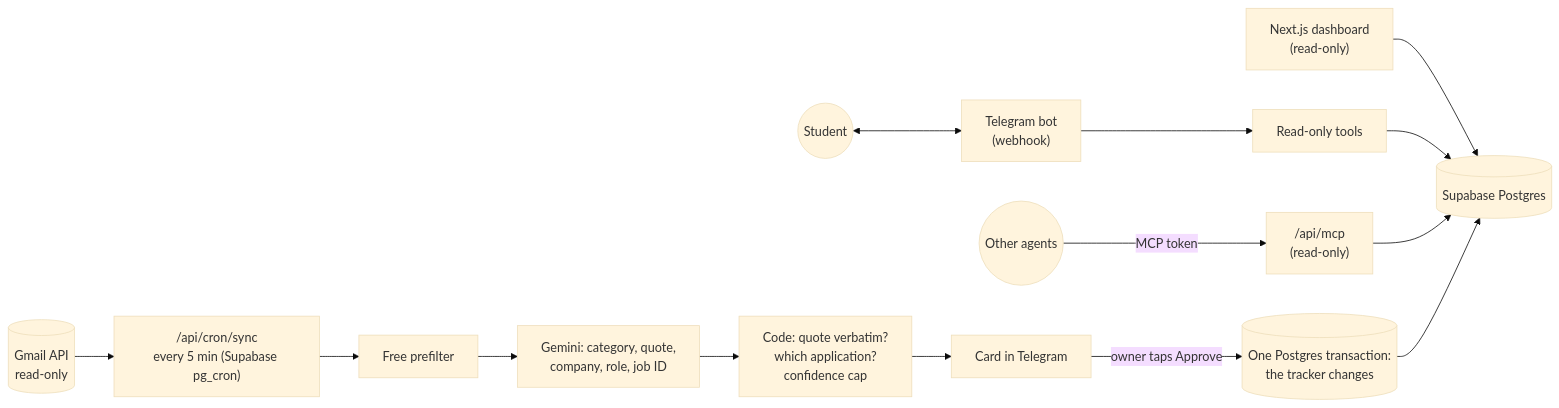
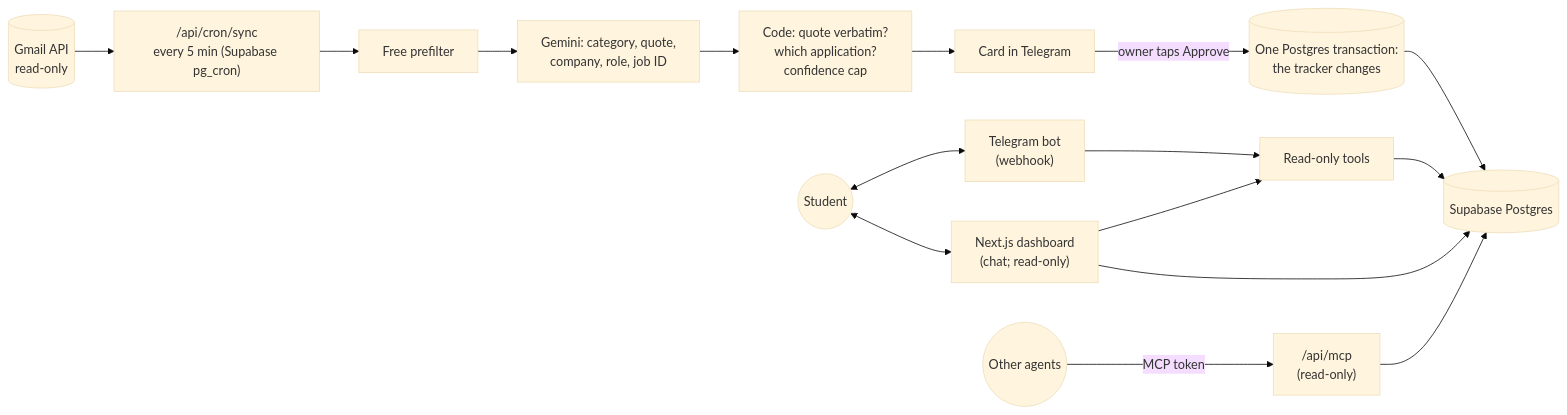
One commit to yonatanbraymok/home-assignment changed the diagram in README.md. Above: the diagram before and after it, drawn with Mermaid (base theme). The commit also changed other lines of this file and 9 other files, not shown here.

````diff
--- a/README.md
+++ b/README.md
@@ -43,16 +43,18 @@
 ```mermaid
 flowchart LR
   gmail[("Gmail API<br/>read-only")] --> cron["/api/cron/sync<br/>every 5 min (Supabase pg_cron)"]
   cron --> prefilter["Free prefilter"]
   prefilter --> model["Gemini: category, quote,<br/>company, role, job ID"]
   model --> checks["Code: quote verbatim?<br/>which application?<br/>confidence cap"]
   checks --> card["Card in Telegram"]
   card -- "owner taps Approve" --> tx[("One Postgres transaction:<br/>the tracker changes")]
   student(("Student")) <--> bot["Telegram bot<br/>(webhook)"]
   bot --> tools["Read-only tools"]
-  dashboard["Next.js dashboard<br/>(read-only)"] --> db[("Supabase Postgres")]
+  student <--> dashboard["Next.js dashboard<br/>(chat; read-only)"]
+  dashboard --> tools
+  dashboard --> db[("Supabase Postgres")]
   tools --> db
   agents(("Other agents")) -- "MCP token" --> mcp["/api/mcp<br/>(read-only)"]
   mcp --> db
   tx --> db
 ```
````
